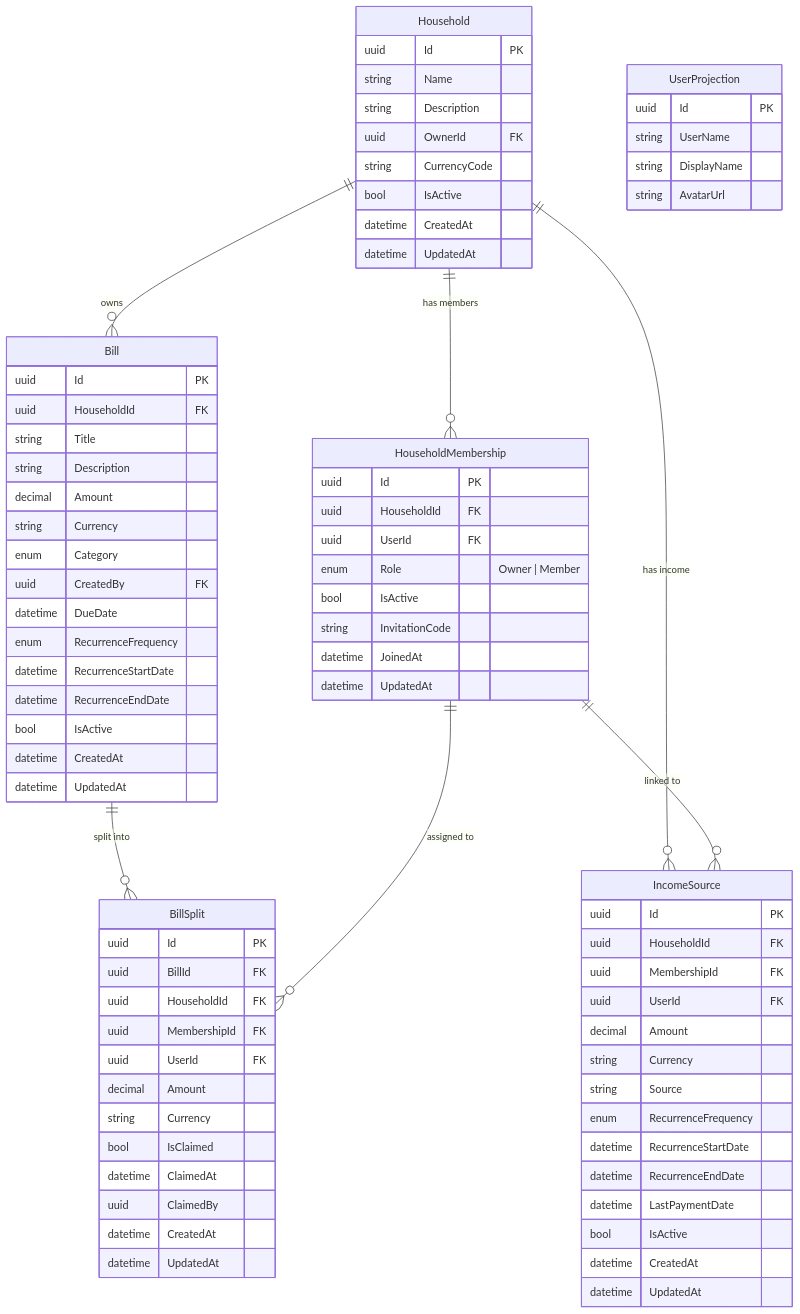
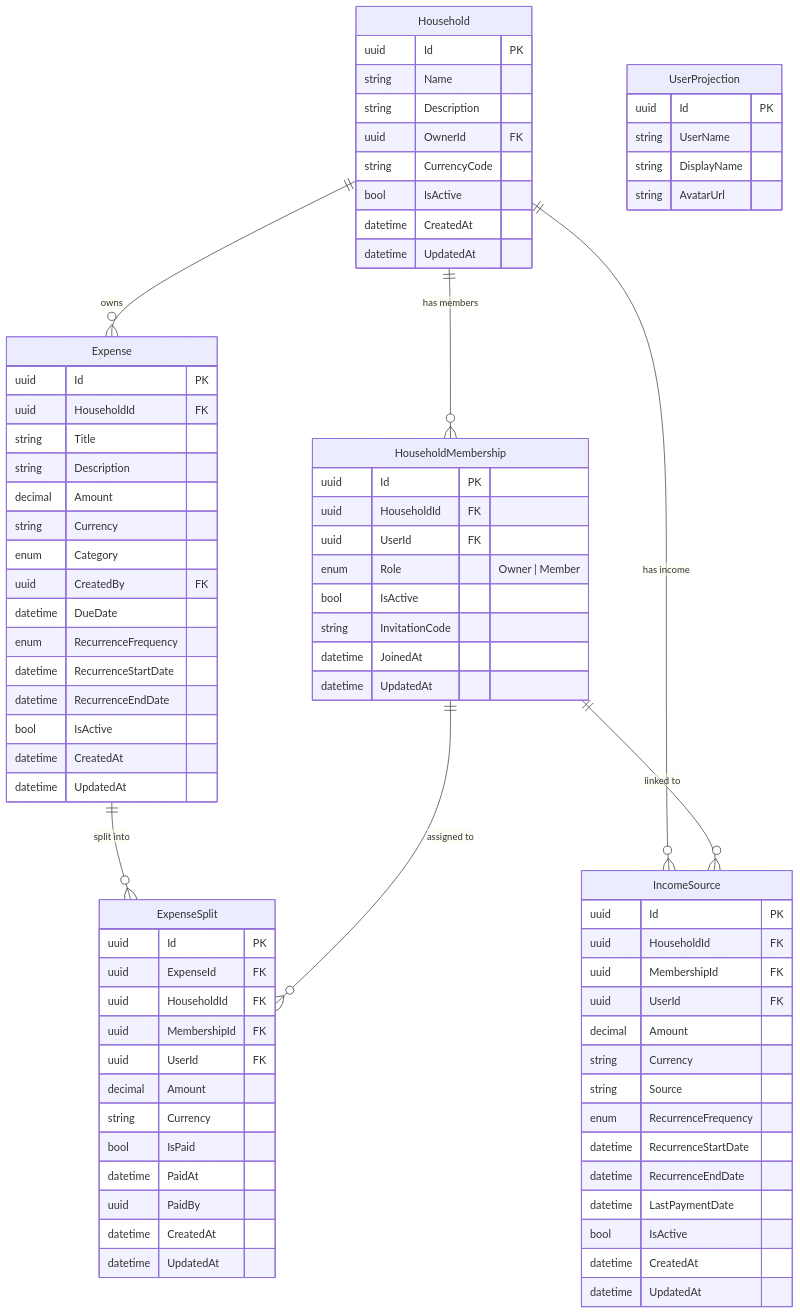
The diagram in docs/Domain.md (hkarpinen/portfolio-finance), drawn with Mermaid before and after one commit. The commit also changed other lines of this file and 6 other files, not shown here.

````diff
--- a/docs/Domain.md
+++ b/docs/Domain.md
@@ -24,7 +24,7 @@
         datetime JoinedAt
         datetime UpdatedAt
     }
-    Bill {
+    Expense {
         uuid Id PK
         uuid HouseholdId FK
         string Title
@@ -41,17 +41,17 @@
         datetime CreatedAt
         datetime UpdatedAt
     }
-    BillSplit {
+    ExpenseSplit {
         uuid Id PK
-        uuid BillId FK
+        uuid ExpenseId FK
         uuid HouseholdId FK
         uuid MembershipId FK
         uuid UserId FK
         decimal Amount
         string Currency
-        bool IsClaimed
-        datetime ClaimedAt
-        uuid ClaimedBy
+        bool IsPaid
+        datetime PaidAt
+        uuid PaidBy
         datetime CreatedAt
         datetime UpdatedAt
     }
@@ -79,9 +79,9 @@
     }
 
     Household ||--o{ HouseholdMembership : "has members"
-    Household ||--o{ Bill : "owns"
+    Household ||--o{ Expense : "owns"
     Household ||--o{ IncomeSource : "has income"
-    Bill ||--o{ BillSplit : "split into"
-    HouseholdMembership ||--o{ BillSplit : "assigned to"
+    Expense ||--o{ ExpenseSplit : "split into"
+    HouseholdMembership ||--o{ ExpenseSplit : "assigned to"
     HouseholdMembership ||--o{ IncomeSource : "linked to"
 ```
````
